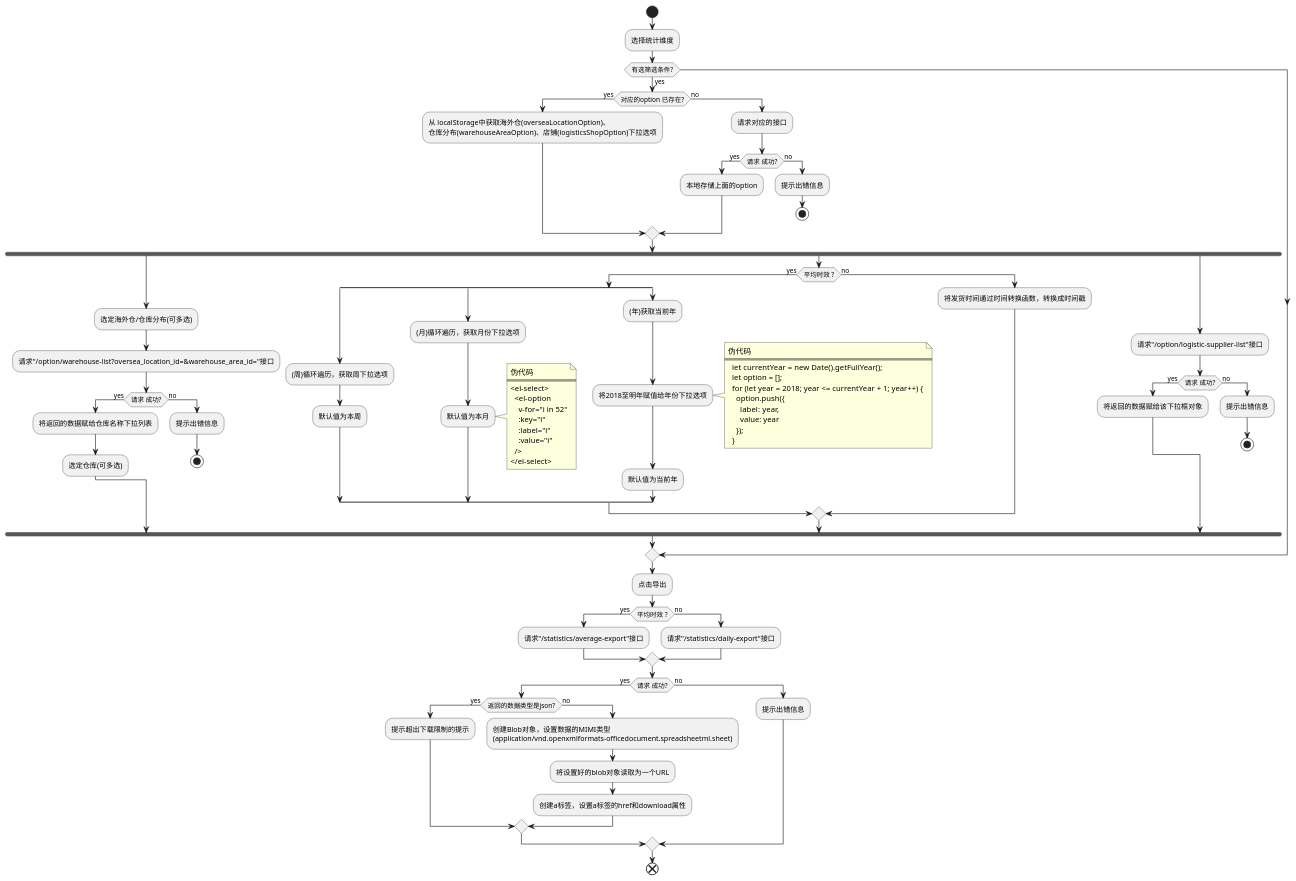
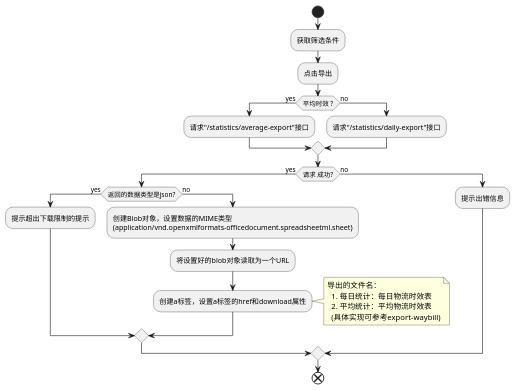
Before and after one commit to futurekidult/lis: the diagram in docs/development-flow-diagram.puml/statistics/export-statistics.puml, drawn with PlantUML. The commit also changed 2 other files, not shown here.

```diff
--- a/docs/development-flow-diagram.puml/statistics/export-statistics.puml
+++ b/docs/development-flow-diagram.puml/statistics/export-statistics.puml
@@ -1,98 +1,31 @@
 @startuml
 
 start
-:选择统计维度;
-if(有选筛选条件?) then (yes)
-   if(对应的option 已存在?) then (yes)
-    :从 localStorage中获取海外仓(overseaLocationOption)、
-    仓库分布(warehouseAreaOption)、店铺(logisticsShopOption)下拉选项;
-  else (no)
-    :请求对应的接口;
-    if(请求 成功?) then (yes)
-      :本地存储上面的option;
-    else (no)
-      :提示出错信息;
-      stop
-    endif
-  endif
-  fork
-    :选定海外仓/仓库分布(可多选);
-    :请求"/option/warehouse-list?oversea_location_id=&warehouse_area_id="接口;
-    if(请求 成功?) then (yes)
-      :将返回的数据赋给仓库名称下拉列表;
-      :选定仓库(可多选);
-    else (no)
-      :提示出错信息;
-      stop
-    endif
-  fork again
-    if(平均时效 ?) then (yes)
-      split 
-        :(周)循环遍历，获取周下拉选项;
-        :默认值为本周;
-      split again 
-        :(月)循环遍历，获取月份下拉选项;
-        :默认值为本月;
-      note right 
-        伪代码
-        ====
-        <el-select>
-          <el-option
-            v-for="i in 52"
-            :key="i"
-            :label="i"
-            :value="i"
-          />
-        </el-select>
-      end note
-      split again
-        :(年)获取当前年;
-        :将2018至明年赋值给年份下拉选项;
-        note right
-          伪代码
-          ====
-            let currentYear = new Date().getFullYear();
-            let option = [];
-            for (let year = 2018; year <= currentYear + 1; year++) {
-              option.push({
-                label: year,
-                value: year
-              });
-            }
-        end note
-        :默认值为当前年;
-      end split
-    else (no)
-      :将发货时间通过时间转换函数，转换成时间戳;
-    endif
-  fork again
-    :请求"/option/logistic-supplier-list"接口;
-    if(请求 成功?) then (yes) 
-      :将返回的数据赋给该下拉框对象;
-    else (no)
-      :提示出错信息;
-      stop
-    endif
-  end fork
-endif
+:获取筛选条件;
 :点击导出;
  if(平均时效 ?) then (yes)
   :请求"/statistics/average-export"接口;
 else (no)
   :请求"/statistics/daily-export"接口;
 endif
 if(请求 成功?) then (yes)
   if(返回的数据类型是json?) then (yes)
     :提示超出下载限制的提示;
   else (no)
-    :创建Blob对象，设置数据的MIMI类型
+    :创建Blob对象，设置数据的MIME类型
     (application/vnd.openxmlformats-officedocument.spreadsheetml.sheet);
     :将设置好的blob对象读取为一个URL;
     :创建a标签，设置a标签的href和download属性;
+    note right
+        导出的文件名：
+          1. 每日统计：每日物流时效表
+          2. 平均统计：平均物流时效表
+          (具体实现可参考export-waybill)
+    end note
   endif
 else (no)
   :提示出错信息;
 endif
 end
 
 @enduml
```
